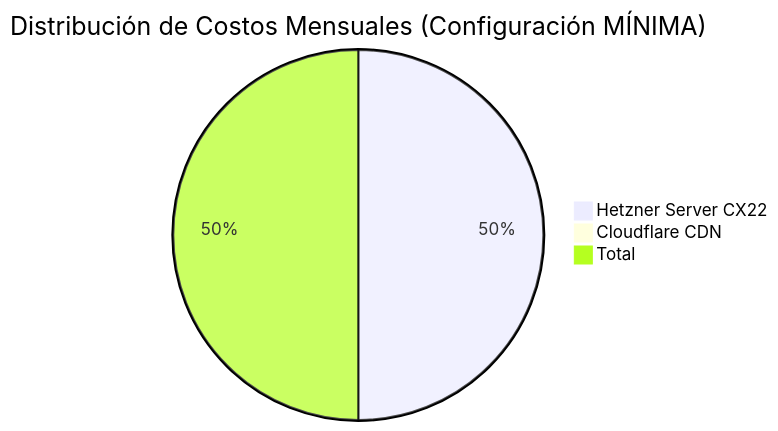
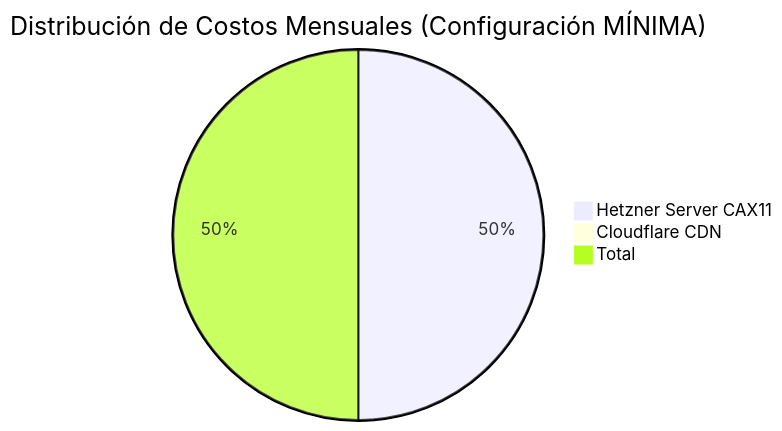
Diagram 11 of 25 in docs/guides/DEPLOYMENT_GUIDE.md (malpanez/hetzner-secure-infrastructure), drawn with Mermaid before and after one commit. The commit also changed other lines of this file and 38 other files, not shown here.

````diff
--- a/docs/guides/DEPLOYMENT_GUIDE.md
+++ b/docs/guides/DEPLOYMENT_GUIDE.md
@@ -565,6 +553,6 @@
 ```mermaid
 pie title Distribución de Costos Mensuales (Configuración MÍNIMA)
-    "Hetzner Server CX22" : 5.39
+    "Hetzner Server CAX11" : 4.05
     "Cloudflare CDN" : 0
-    "Total" : 5.39
+    "Total" : 4.05
 ```
````
